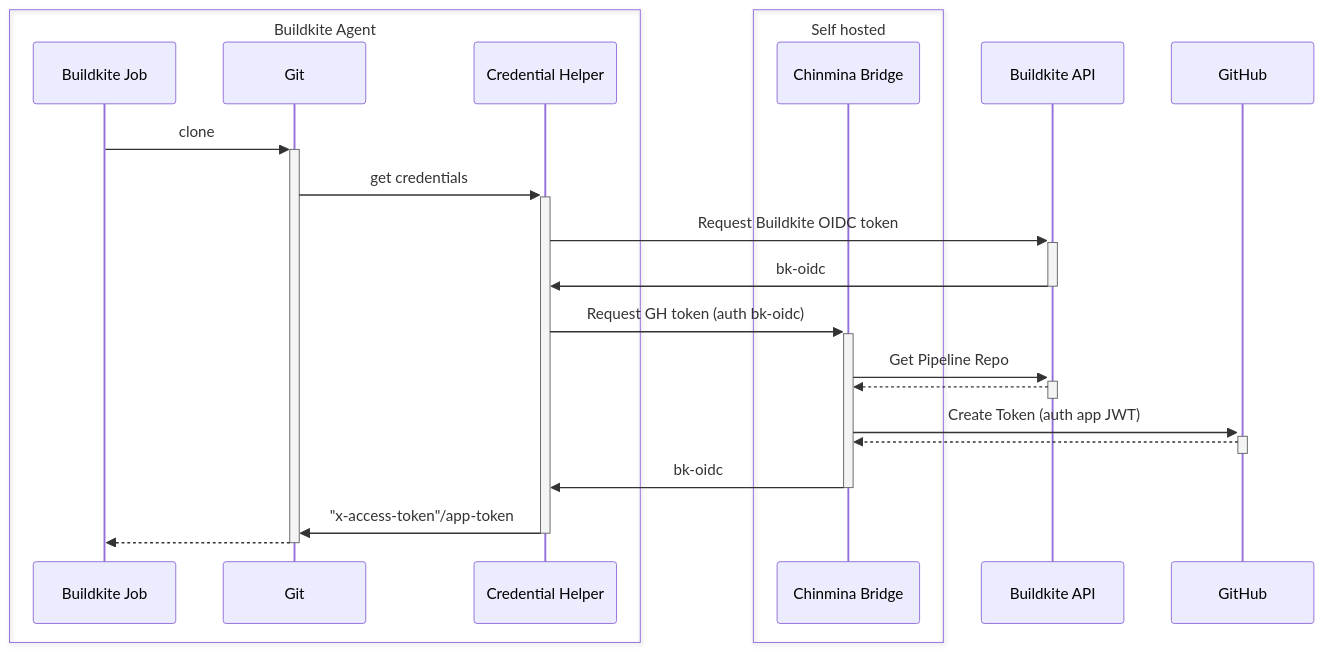
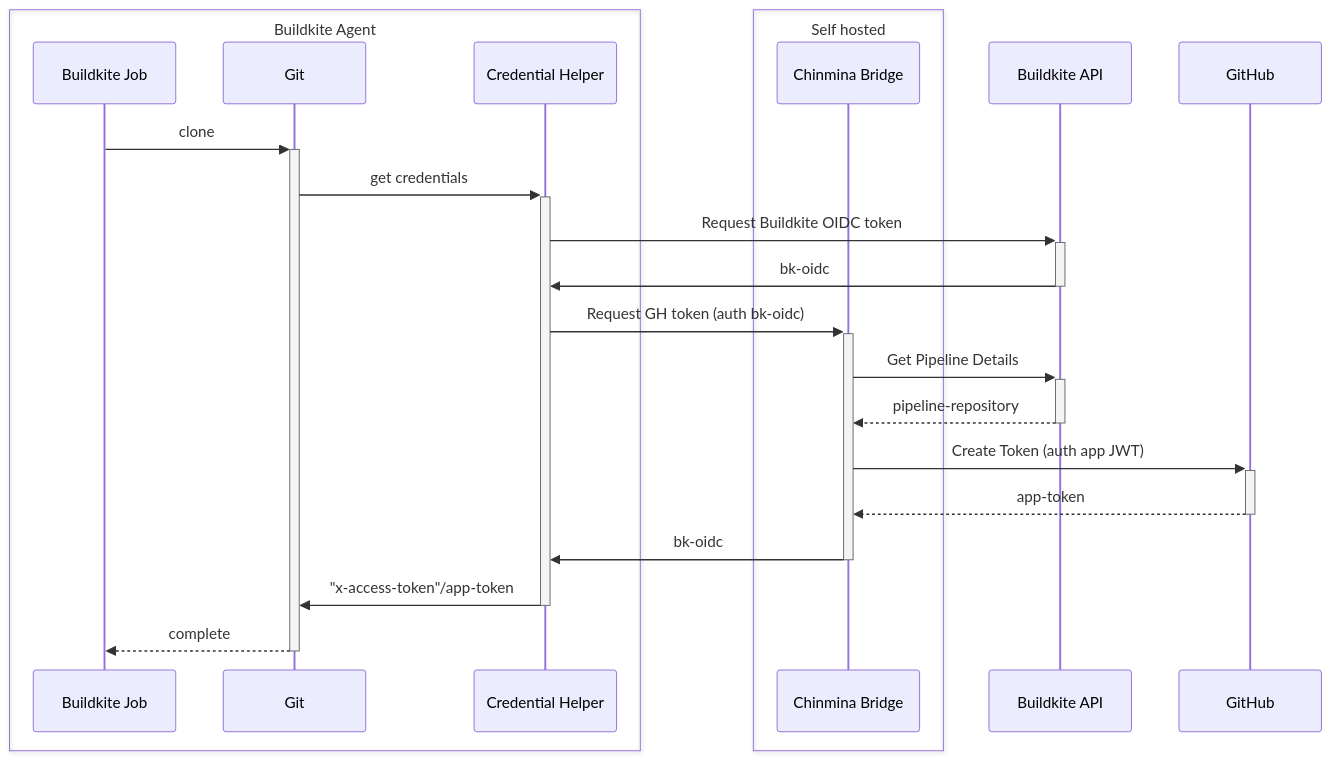
Before and after one commit to jamestelfer/chinmina-bridge: the diagram in README.md, drawn with Mermaid.

Commit message:
docs: fix Mermaid parsing issue (#17)

````diff
--- a/README.md
+++ b/README.md
@@ -75,23 +75,23 @@
 ```mermaid
 sequenceDiagram
     box Buildkite Agent
         participant Buildkite Job
         participant Git
         participant Credential Helper
     end
     box Self hosted
         participant Chinmina Bridge
     end
     Buildkite Job->>+Git: clone
     Git ->>+ Credential Helper: get credentials
     Credential Helper->>+Buildkite API: Request Buildkite OIDC token
     Buildkite API->>-Credential Helper: bk-oidc
     Credential Helper->>+Chinmina Bridge: Request GH token (auth bk-oidc)
-    Chinmina Bridge->>+Buildkite API: Get Pipeline Repo
-    Buildkite API-->>-Chinmina Bridge:
+    Chinmina Bridge->>+Buildkite API: Get Pipeline Details
+    Buildkite API-->>-Chinmina Bridge: pipeline-repository
     Chinmina Bridge->>+GitHub: Create Token (auth app JWT)
-    GitHub-->>-Chinmina Bridge:
+    GitHub-->>-Chinmina Bridge: app-token
     Chinmina Bridge->>-Credential Helper: bk-oidc
     Credential Helper->>-Git: "x-access-token"/app-token
-    Git-->>-Buildkite Job:
+    Git-->>-Buildkite Job: complete
 ```
````
